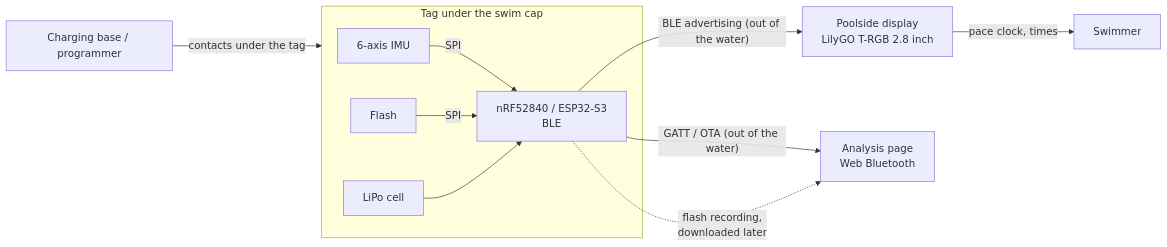
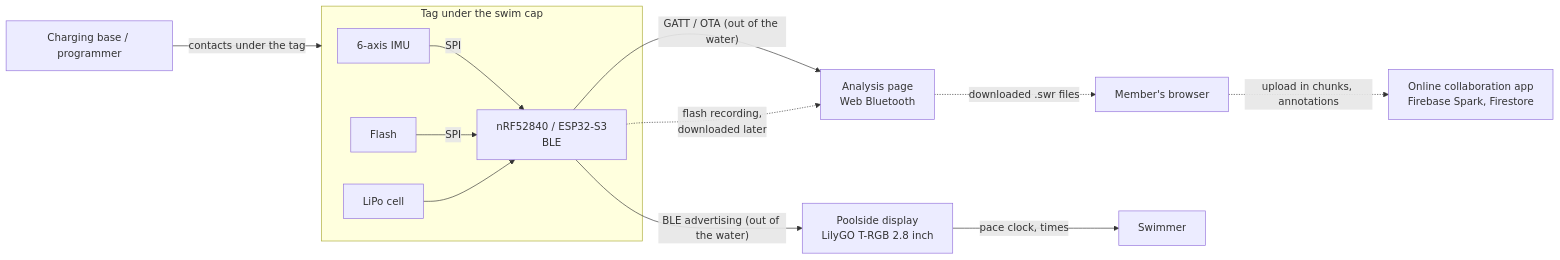
Before and after one commit to PZero/SwimTimer: the diagram in README.md, drawn with Mermaid. The commit also changed other lines of this file and 38 other files, not shown here.

First line of the commit message:
firmware: XIAO 0.5.2/0.5.3 (no sleep on USB, USB stops recording); tools: XIAO-only page; app: Firebase collaboration site

````diff
--- a/README.md
+++ b/README.md
@@ -76,13 +92,15 @@
 ```mermaid
 flowchart LR
   subgraph TAG[Tag under the swim cap]
     IMU[6-axis IMU] -- SPI --> MCU[nRF52840 / ESP32-S3<br/>BLE]
     FL[Flash] -- SPI --> MCU
     CEL[LiPo cell] --> MCU
   end
   MCU -- "BLE advertising (out of the water)" --> DSP[Poolside display<br/>LilyGO T-RGB 2.8 inch]
   MCU -- "GATT / OTA (out of the water)" --> WEB[Analysis page<br/>Web Bluetooth]
   MCU -. "flash recording,<br/>downloaded later" .-> WEB
+  WEB -. "downloaded .swr files" .-> PCU[Member's browser]
+  PCU -. "upload in chunks, annotations" .-> APP[Online collaboration app<br/>Firebase Spark, Firestore]
   DSP -- "pace clock, times" --> SWI[Swimmer]
   CHG[Charging base / programmer] -- "contacts under the tag" --> TAG
 ```
````
